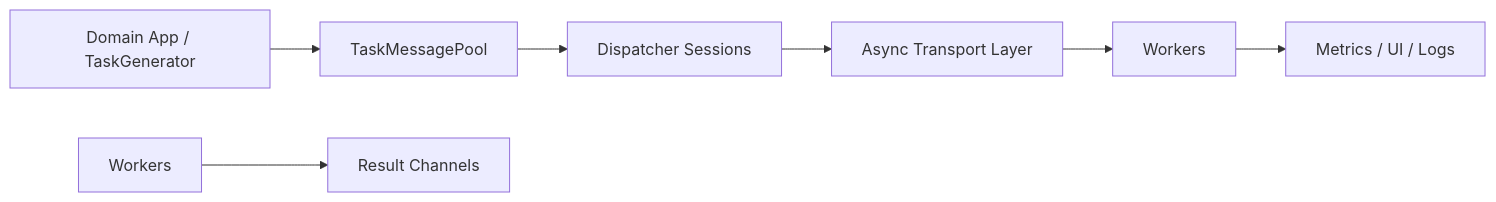
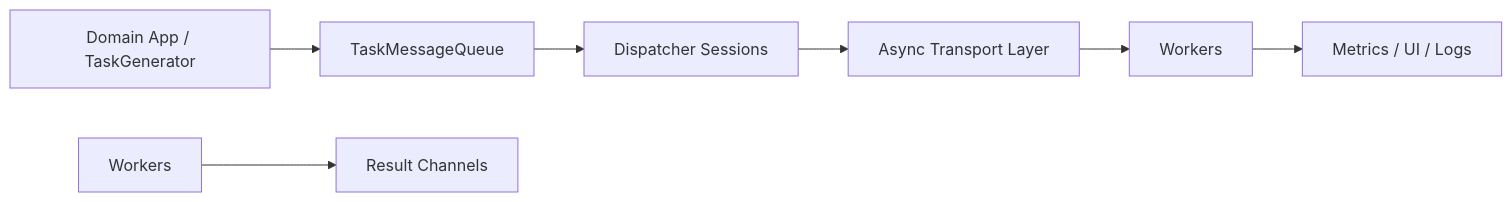
The diagram in README.md (ilya-yusim/task-messenger), drawn with Mermaid before and after one commit. The commit also changed other lines of this file and 24 other files, not shown here.

First line of the commit message:
Refactor TaskMessagePool to TaskMessageQueue across the dispatcher and messaging modules

````diff
--- a/README.md
+++ b/README.md
@@ -13,9 +13,9 @@
 ```mermaid
 graph LR
-    App[Domain App / TaskGenerator] --> Pool[TaskMessagePool]
+    App[Domain App / TaskGenerator] --> Pool[TaskMessageQueue]
     Pool --> Dispatcher[Dispatcher Sessions]
     Dispatcher --> Transport[Async Transport Layer]
     Transport --> WorkerFleet[Workers]
     WorkerFleet --> Metrics[Metrics / UI / Logs]
     Workers[Workers] --> Results[Result Channels]
 ```
````
